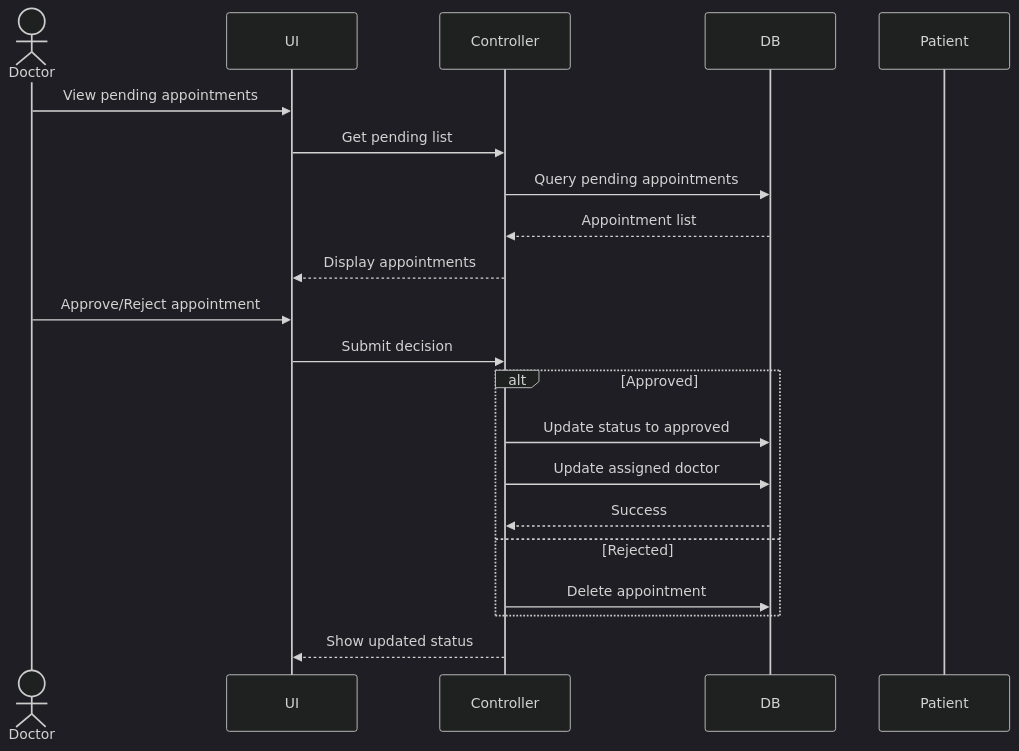
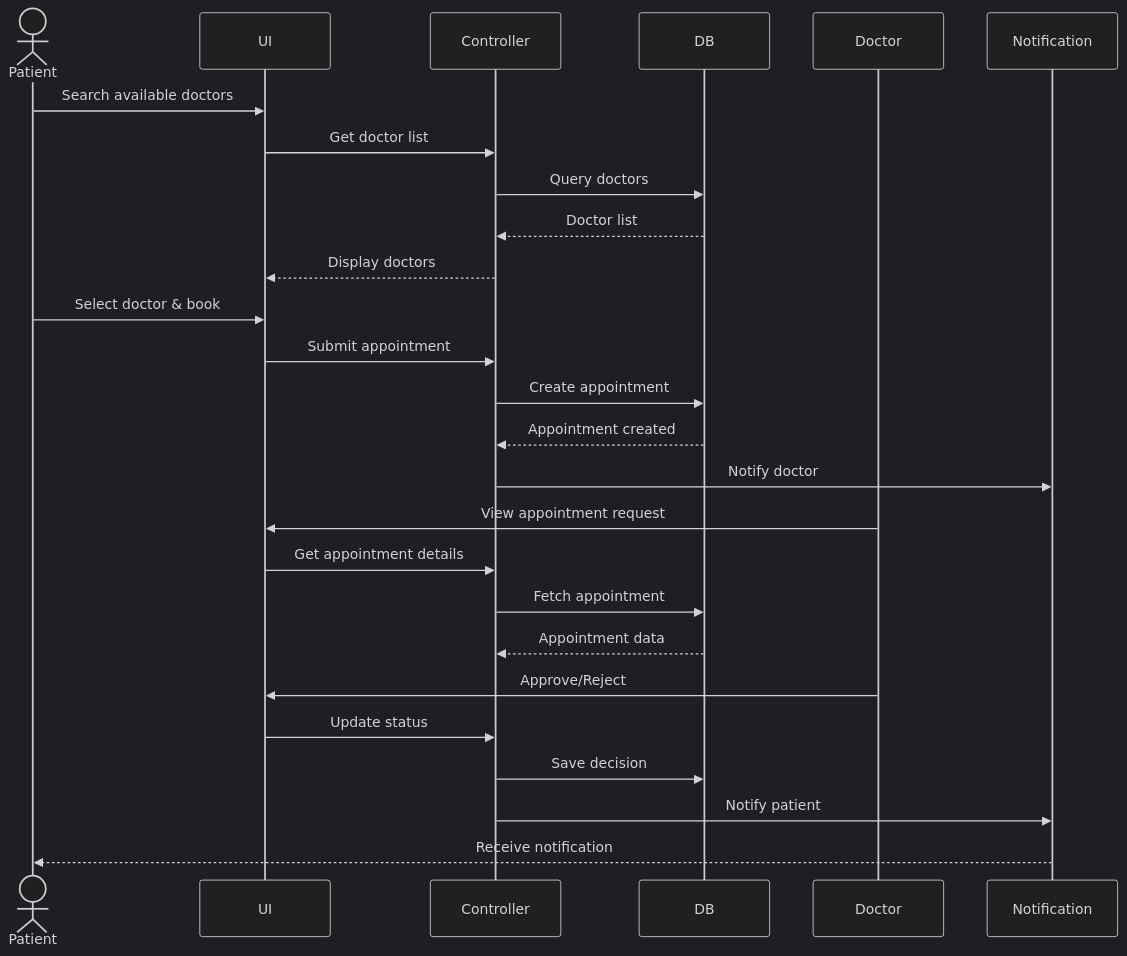
Before and after one commit to SazPy/Hospital-Management: the second of 10 diagrams in docs/use-cases.md, drawn with Mermaid (dark theme). The commit also changed other lines of this file, not shown here.

````diff
--- a/docs/use-cases.md
+++ b/docs/use-cases.md
@@ -129,27 +276,32 @@
 ```mermaid
 sequenceDiagram
-    actor Doctor
+    actor Patient
     participant UI
     participant Controller
     participant DB
-    participant Patient
+    participant Doctor
+    participant Notification
 
-    Doctor->>UI: View pending appointments
-    UI->>Controller: Get pending list
-    Controller->>DB: Query pending appointments
-    DB-->>Controller: Appointment list
-    Controller-->>UI: Display appointments
-
-    Doctor->>UI: Approve/Reject appointment
-    UI->>Controller: Submit decision
+    Patient->>UI: Search available doctors
+    UI->>Controller: Get doctor list
+    Controller->>DB: Query doctors
+    DB-->>Controller: Doctor list
+    Controller-->>UI: Display doctors
     
-    alt Approved
-        Controller->>DB: Update status to approved
-        Controller->>DB: Update assigned doctor
-        DB-->>Controller: Success
-    else Rejected
-        Controller->>DB: Delete appointment
-    end
+    Patient->>UI: Select doctor & book
+    UI->>Controller: Submit appointment
+    Controller->>DB: Create appointment
+    DB-->>Controller: Appointment created
+    Controller->>Notification: Notify doctor
     
-    Controller-->>UI: Show updated status
+    Doctor->>UI: View appointment request
+    UI->>Controller: Get appointment details
+    Controller->>DB: Fetch appointment
+    DB-->>Controller: Appointment data
+    
+    Doctor->>UI: Approve/Reject
+    UI->>Controller: Update status
+    Controller->>DB: Save decision
+    Controller->>Notification: Notify patient
+    Notification-->>Patient: Receive notification
 ```
````
